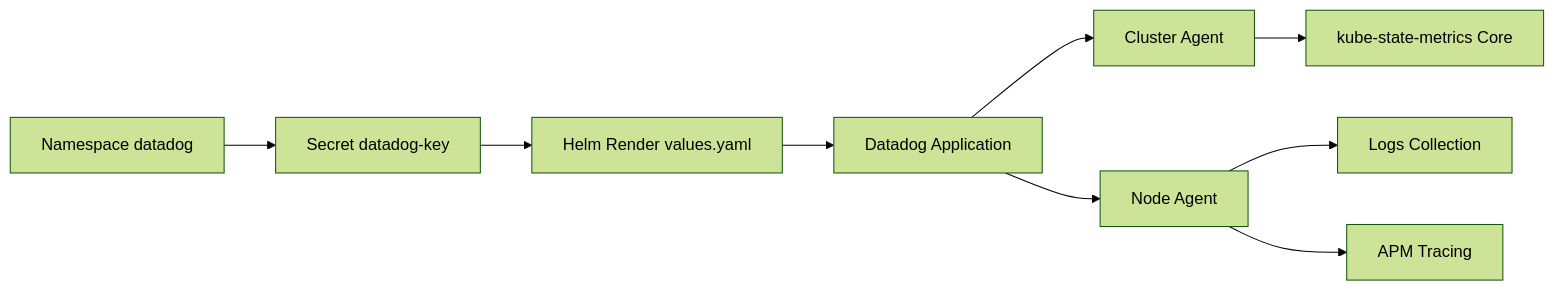
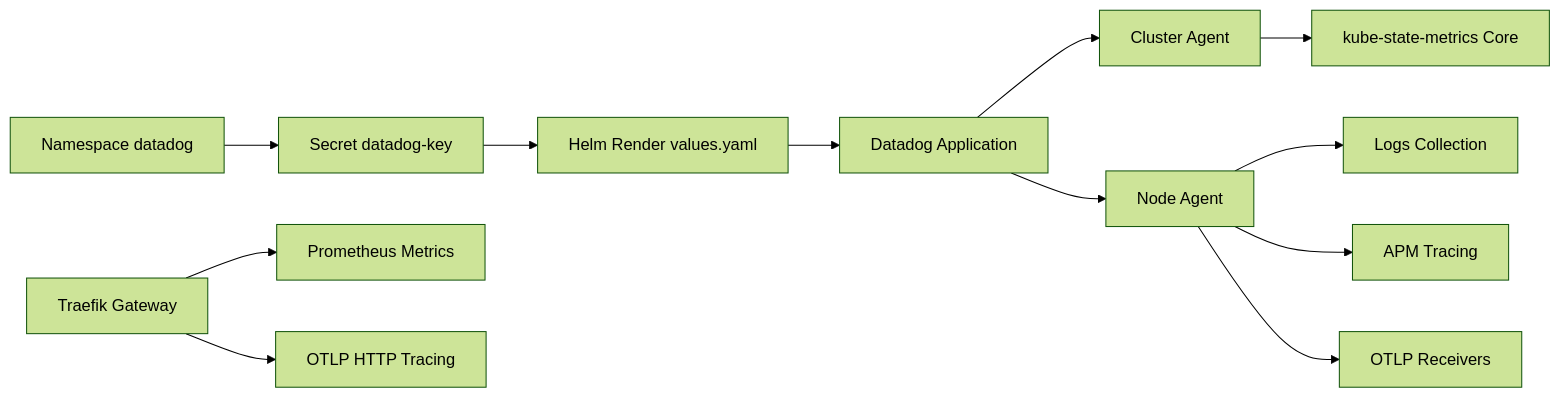
One commit to Hoangvu75/k8s_manifest changed the fourth of 4 diagrams in .qoder/repowiki/en/content/Infrastructure Applications/Datadog Monitoring Agent.md. Above: the diagram before and after it, drawn with Mermaid (forest theme). The commit also changed other lines of this file and 3 other files, not shown here.

````diff
--- a/.qoder/repowiki/en/content/Infrastructure Applications/Datadog Monitoring Agent.md
+++ b/.qoder/repowiki/en/content/Infrastructure Applications/Datadog Monitoring Agent.md
@@ -306,11 +453,14 @@
 ```mermaid
 graph LR
 NS["Namespace datadog"] --> SECRETS["Secret datadog-key"]
 SECRETS --> HELM["Helm Render values.yaml"]
 HELM --> APP["Datadog Application"]
 APP --> CLUSTER_AGENT["Cluster Agent"]
 APP --> NODE_AGENT["Node Agent"]
 CLUSTER_AGENT --> KSM["kube-state-metrics Core"]
 NODE_AGENT --> LOGS["Logs Collection"]
 NODE_AGENT --> APM["APM Tracing"]
+NODE_AGENT --> OTLP["OTLP Receivers"]
+TRAEFIK["Traefik Gateway"] --> PROMETHEUS["Prometheus Metrics"]
+TRAEFIK --> OTLP_HTTP["OTLP HTTP Tracing"]
 ```
````
